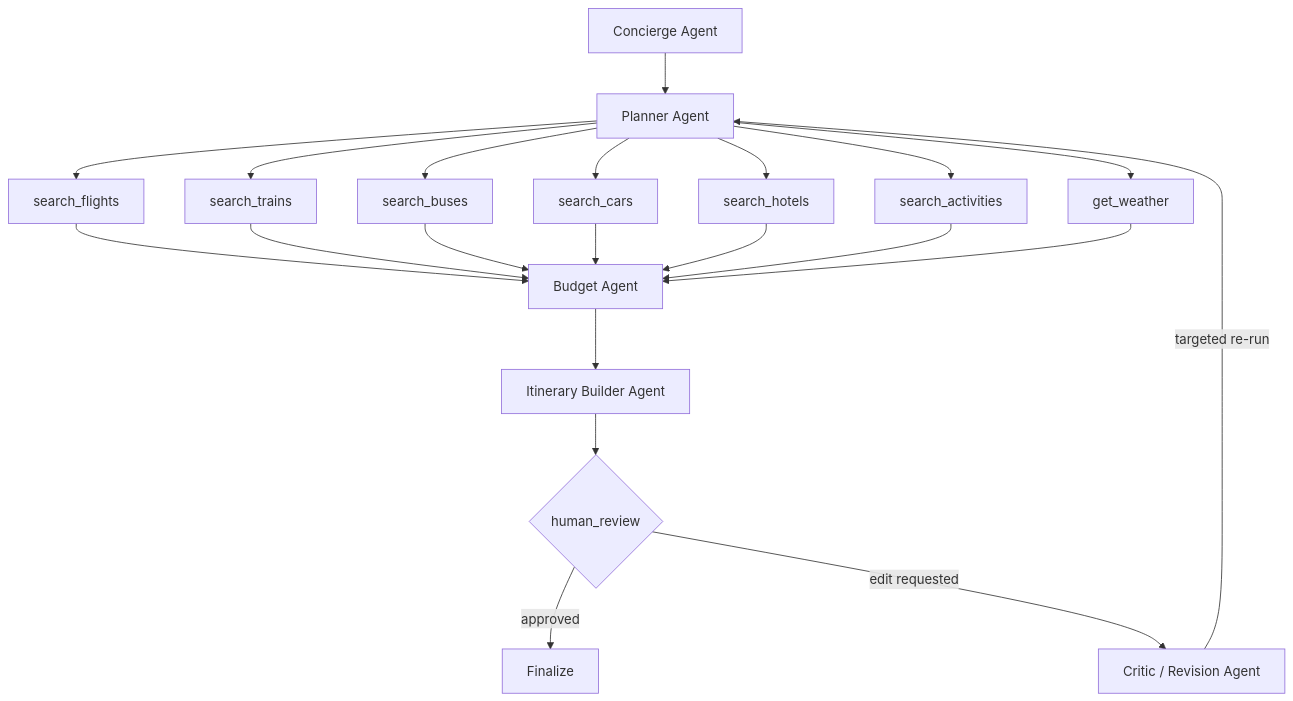
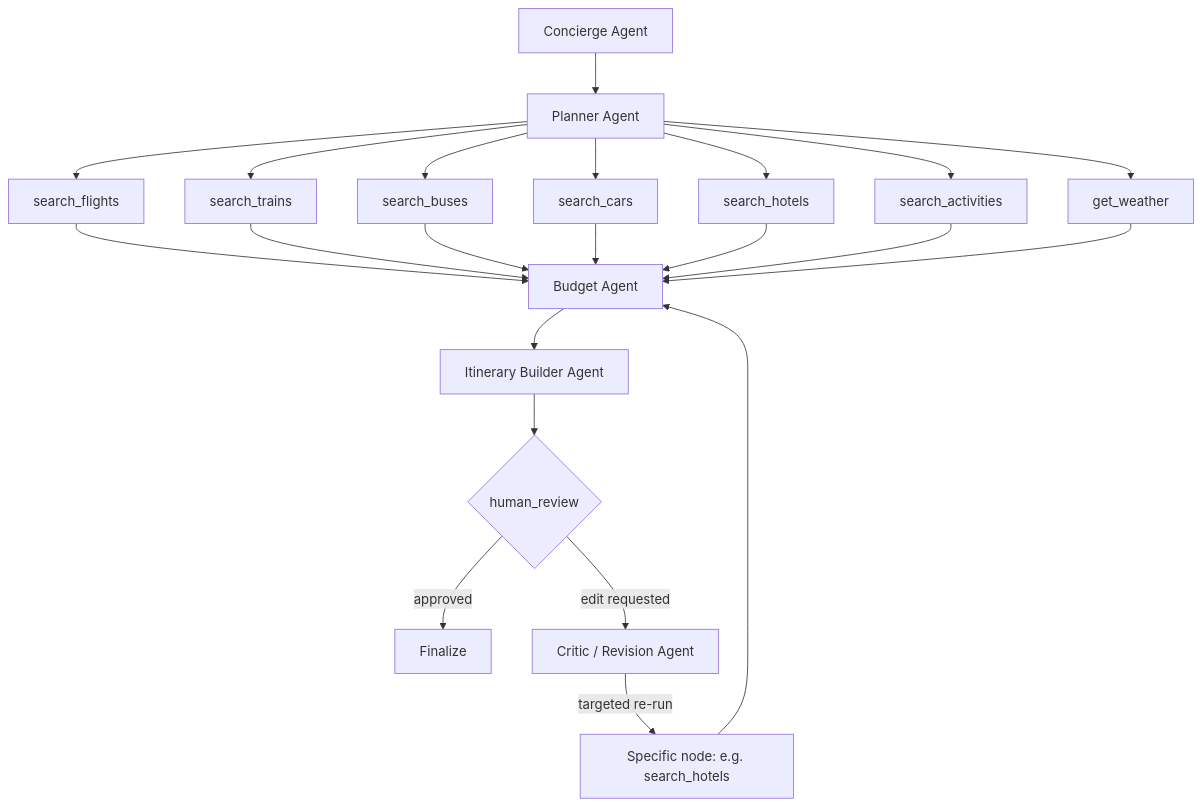
Before and after one commit to harshbhanushali26/waypoint: the diagram in README.md, drawn with Mermaid. The commit also changed other lines of this file, not shown here.

````diff
--- a/README.md
+++ b/README.md
@@ -78,23 +78,24 @@
 ```mermaid
 graph TD
     A[Concierge Agent] --> B[Planner Agent]
     B --> C1[search_flights]
     B --> C2[search_trains]
     B --> C3[search_buses]
     B --> C4[search_cars]
     B --> C5[search_hotels]
     B --> C6[search_activities]
     B --> C7[get_weather]
     C1 --> D[Budget Agent]
     C2 --> D
     C3 --> D
     C4 --> D
     C5 --> D
     C6 --> D
     C7 --> D
     D --> E[Itinerary Builder Agent]
     E --> F{human_review}
     F -- approved --> G[Finalize]
     F -- edit requested --> H[Critic / Revision Agent]
-    H -- targeted re-run --> B
+    H -- targeted re-run --> I[Specific node: e.g. search_hotels]
+    I --> D
 ```
````
